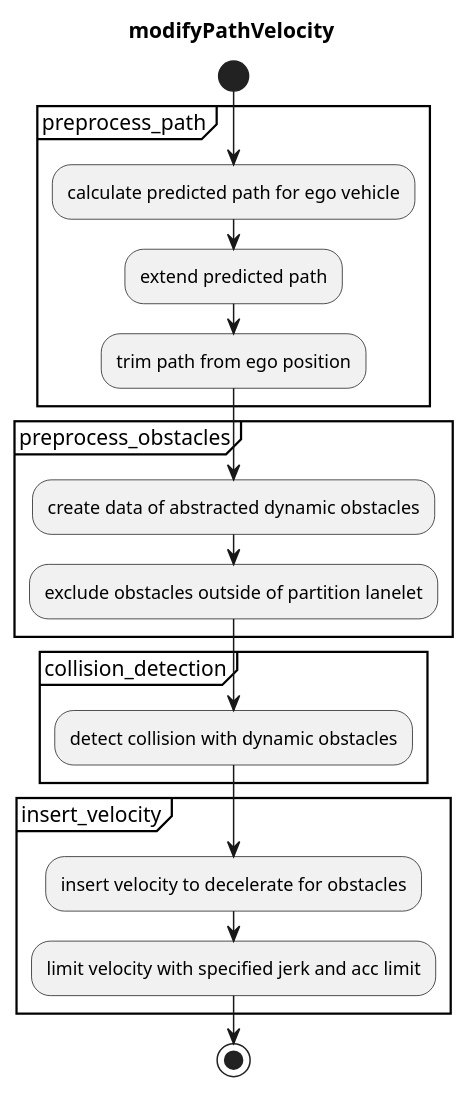
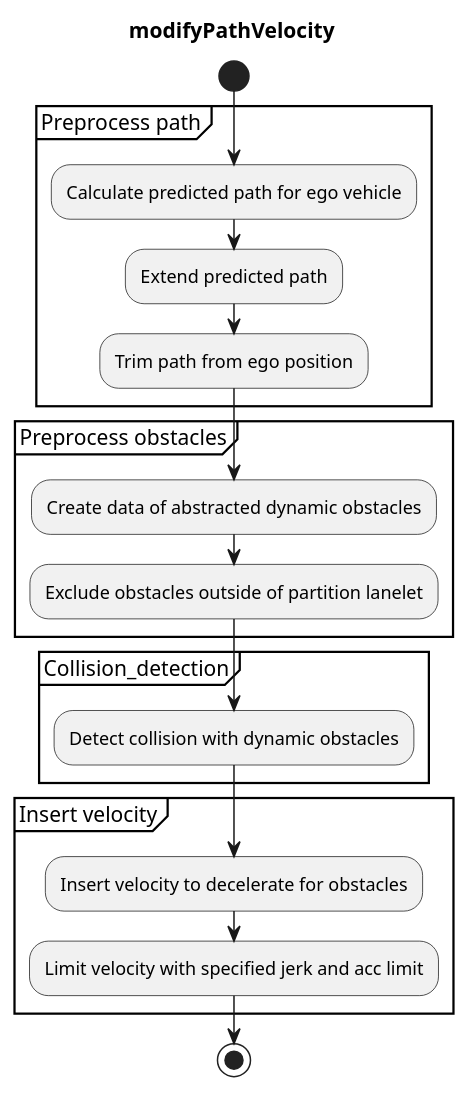
The diagram in planning/behavior_velocity_planner/dynamic-obstacle-stop-design.md (TomohitoAndo/autoware.universe), drawn with PlantUML before and after one commit. The commit also changed other lines of this file, not shown here.

````diff
--- a/planning/behavior_velocity_planner/dynamic-obstacle-stop-design.md
+++ b/planning/behavior_velocity_planner/dynamic-obstacle-stop-design.md
@@ -17,28 +17,28 @@
 ```plantuml
 @startuml
 title modifyPathVelocity
 start
 
-partition preprocess_path {
-:calculate predicted path for ego vehicle;
-:extend predicted path;
-:trim path from ego position;
+partition "Preprocess path" {
+:Calculate predicted path for ego vehicle;
+:Extend predicted path;
+:Trim path from ego position;
 }
 
-partition preprocess_obstacles {
-:create data of abstracted dynamic obstacles;
-:exclude obstacles outside of partition lanelet;
+partition "Preprocess obstacles" {
+:Create data of abstracted dynamic obstacles;
+:Exclude obstacles outside of partition lanelet;
 }
 
-partition collision_detection {
-:detect collision with dynamic obstacles;
+partition "Collision_detection" {
+:Detect collision with dynamic obstacles;
 }
 
-partition insert_velocity {
-:insert velocity to decelerate for obstacles;
+partition "Insert velocity" {
+:Insert velocity to decelerate for obstacles;
 
-:limit velocity with specified jerk and acc limit;
+:Limit velocity with specified jerk and acc limit;
 }
 stop
 @enduml
 ```
````
